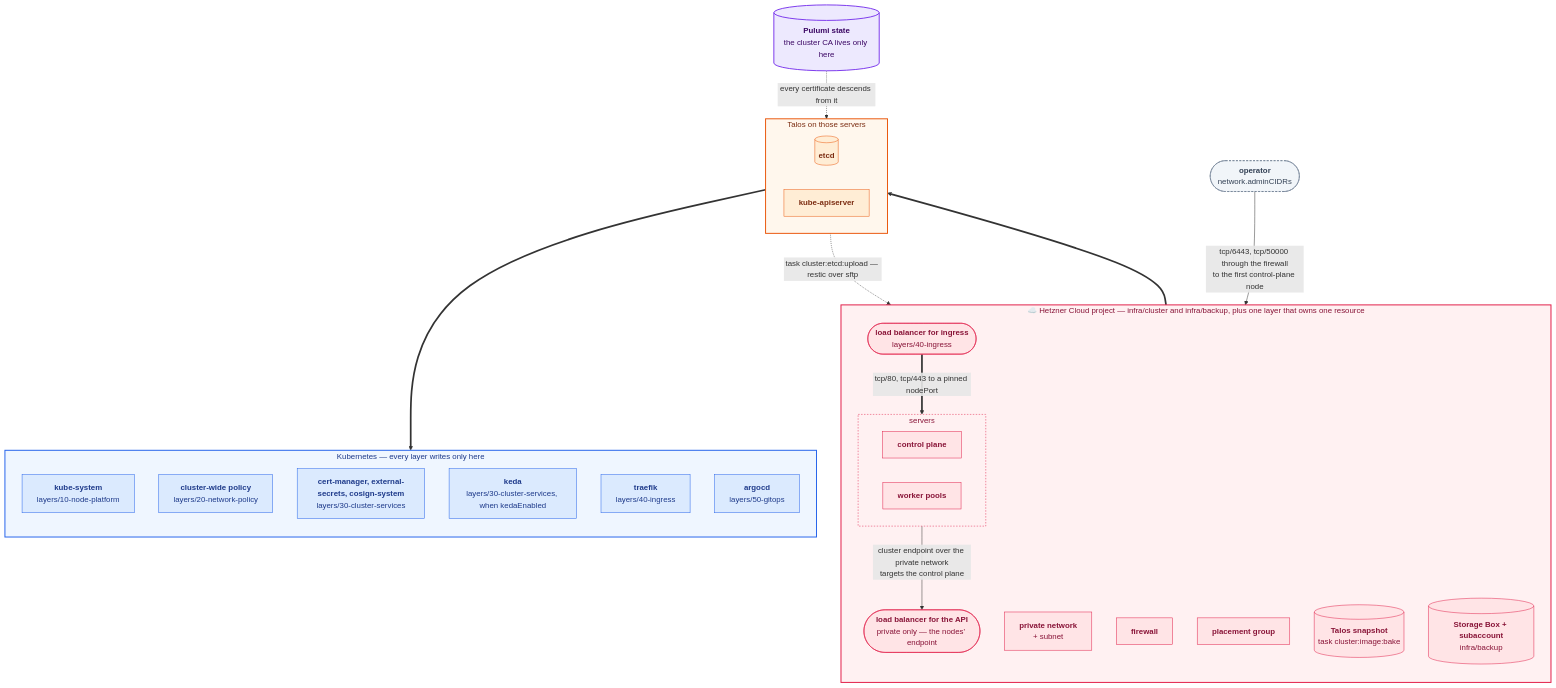
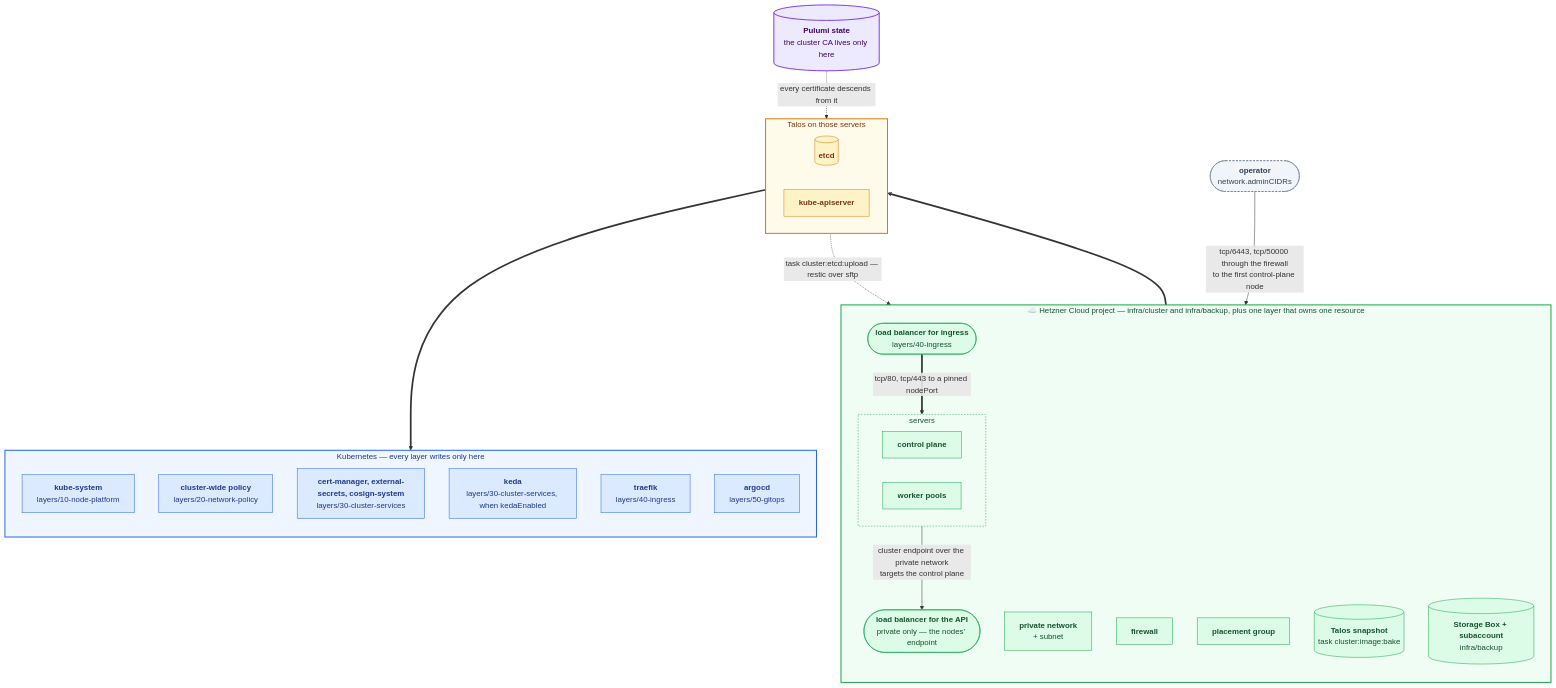
One commit to oleg-tkachuk/hetzner-iac changed the first of 2 diagrams in docs/design.md. Above: the diagram before and after it, drawn with Mermaid. The commit also changed 2 other files, not shown here.

Commit message:
docs(diagrams): balance the palette away from red
Hetzner boxes cover most of every diagram, so red there dominated it. Hetzner
is green and Talos amber now; pink is kept for the few gates and secrets.

````diff
--- a/docs/design.md
+++ b/docs/design.md
@@ -13,70 +13,70 @@
 ```mermaid
 flowchart TB
-    %% Palette from the README badges: Hetzner red, Talos orange, Kubernetes
-    %% blue, so the header and the diagrams read as one thing and the colour
-    %% says whose territory a box is in. Light fills with dark text of the same
+    %% The colour says whose territory a box is in: Hetzner green, Talos amber,
+    %% Kubernetes blue, Pulumi state violet; pink marks the few gates and
+    %% secrets that deserve the eye. Light fills with dark text of the same
     %% hue, spelled out: GitHub renders this in both themes, and a colour left
     %% to the theme is unreadable in one of them.
-    classDef hetzner fill:#FFE4E6,stroke:#E11D48,stroke-width:1px,color:#881337
-    classDef talos fill:#FFEDD5,stroke:#EA580C,stroke-width:1px,color:#7C2D12
+    classDef hetzner fill:#DCFCE7,stroke:#16A34A,stroke-width:1px,color:#14532D
+    classDef talos fill:#FEF3C7,stroke:#D97706,stroke-width:1px,color:#78350F
     classDef kube fill:#DBEAFE,stroke:#2563EB,stroke-width:1px,color:#1E3A8A
     classDef derived fill:#F1F5F9,stroke:#64748B,stroke-width:1px,stroke-dasharray:4 3,color:#334155
     classDef state fill:#EDE9FE,stroke:#7C3AED,stroke-width:2px,color:#3B0764
 
     subgraph hetzner["☁️ Hetzner Cloud project — infra/cluster and infra/backup, plus one layer that owns one resource"]
         direction TB
         net["<b>private network</b><br/>+ subnet"]
         fw["<b>firewall</b>"]
         pg["<b>placement group</b>"]
         snap[("<b>Talos snapshot</b><br/>task cluster:image:bake")]
 
         subgraph servers["servers"]
             direction LR
             cp["<b>control plane</b>"]
             wk["<b>worker pools</b>"]
         end
 
         apilb(["<b>load balancer for the API</b><br/>private only — the nodes' endpoint"])
         inglb(["<b>load balancer for ingress</b><br/>layers/40-ingress"])
         box[("<b>Storage Box + subaccount</b><br/>infra/backup")]
     end
 
     subgraph talos["Talos on those servers"]
         direction LR
         etcd[("<b>etcd</b>")]
         api["<b>kube-apiserver</b>"]
     end
 
     subgraph k8s["Kubernetes — every layer writes only here"]
         direction TB
         ks["<b>kube-system</b><br/>layers/10-node-platform"]
         pol["<b>cluster-wide policy</b><br/>layers/20-network-policy"]
         cmns["<b>cert-manager, external-secrets, cosign-system</b><br/>layers/30-cluster-services"]
         kedans["<b>keda</b><br/>layers/30-cluster-services, when kedaEnabled"]
         tns["<b>traefik</b><br/>layers/40-ingress"]
         argons["<b>argocd</b><br/>layers/50-gitops"]
     end
 
     trust[("<b>Pulumi state</b><br/>the cluster CA lives only here")]
     op(["<b>operator</b><br/>network.adminCIDRs"])
 
     trust -.->|"every certificate descends from it"| talos
     servers ==> talos
     talos ==> k8s
     inglb ==>|"tcp/80, tcp/443 to a pinned nodePort"| servers
     servers -->|"cluster endpoint over the private network<br/>targets the control plane"| apilb
     op -->|"tcp/6443, tcp/50000 through the firewall<br/>to the first control-plane node"| fw
     etcd -.->|"task cluster:etcd:upload — restic over sftp"| box
 
     class net,fw,pg,snap,cp,wk,box hetzner
     class apilb,inglb hetzner
     class etcd,api talos
     class ks,pol,cmns,kedans,tns,argons kube
     class trust state
     class op derived
 
-    style hetzner fill:#FFF1F2,stroke:#E11D48,stroke-width:2px,color:#881337
-    style servers fill:#FFF1F2,stroke:#E11D48,stroke-dasharray:3 3,color:#881337
-    style talos fill:#FFF7ED,stroke:#EA580C,stroke-width:2px,color:#7C2D12
+    style hetzner fill:#F0FDF4,stroke:#16A34A,stroke-width:2px,color:#14532D
+    style servers fill:#F0FDF4,stroke:#16A34A,stroke-dasharray:3 3,color:#14532D
+    style talos fill:#FFFBEB,stroke:#D97706,stroke-width:2px,color:#78350F
     style k8s fill:#EFF6FF,stroke:#2563EB,stroke-width:2px,color:#1E3A8A
 ```
````
